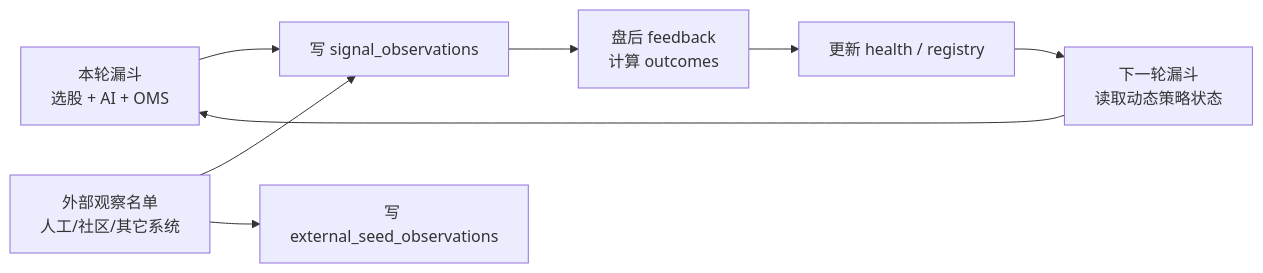
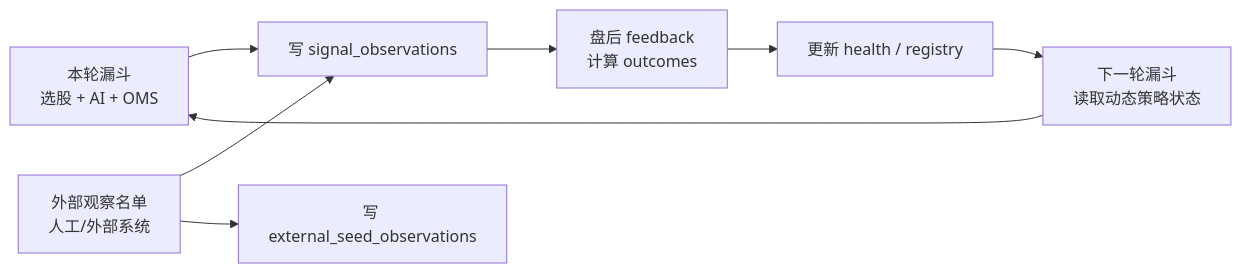
The first of 4 diagrams in docs/SIGNAL_FEEDBACK_LOOP.md (crystallatsyrc/wyckoff-agent-harness), drawn with Mermaid before and after one commit. The commit also changed 22 other files, not shown here.

````diff
--- a/docs/SIGNAL_FEEDBACK_LOOP.md
+++ b/docs/SIGNAL_FEEDBACK_LOOP.md
@@ -11,10 +11,10 @@
 ```mermaid
 flowchart LR
   A["本轮漏斗<br/>选股 + AI + OMS"] --> B["写 signal_observations"]
-  X["外部观察名单<br/>人工/社区/其它系统"] --> B
+  X["外部观察名单<br/>人工/外部系统"] --> B
   X --> Y["写 external_seed_observations"]
   B --> C["盘后 feedback<br/>计算 outcomes"]
   C --> D["更新 health / registry"]
   D --> E["下一轮漏斗<br/>读取动态策略状态"]
   E --> A
 ```
````
